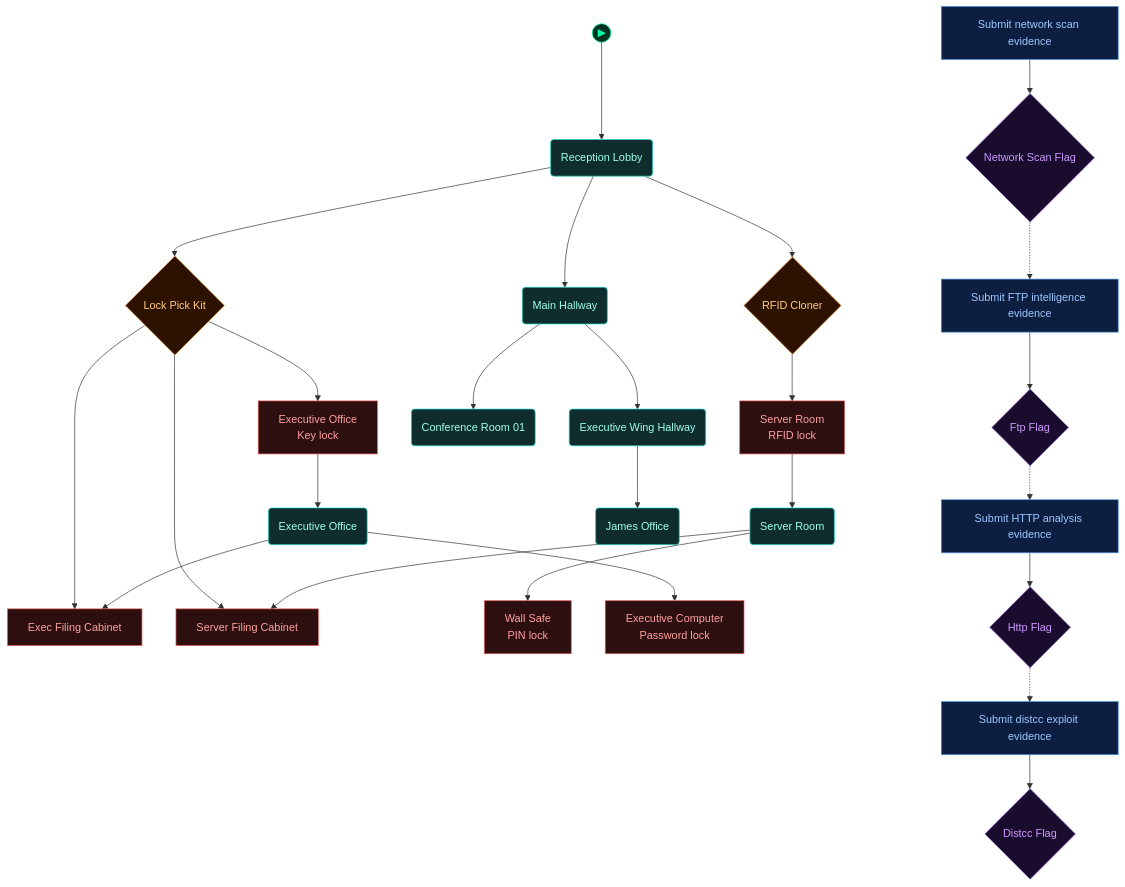
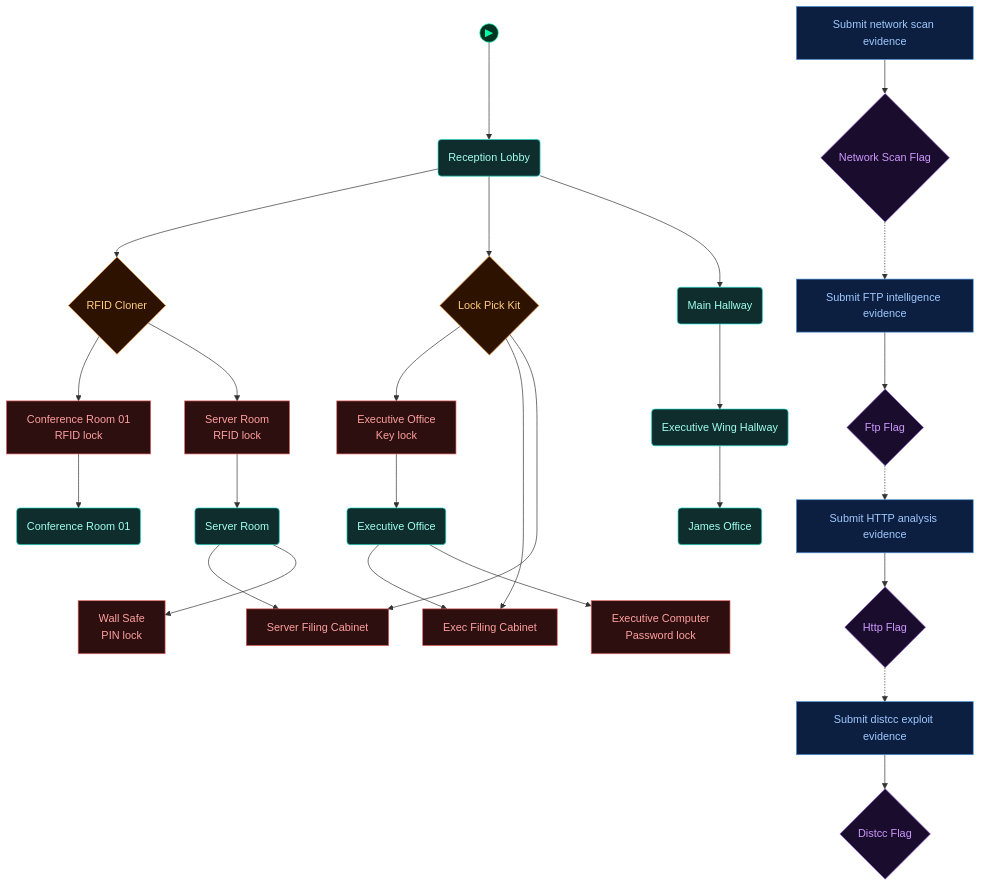
The first of 5 diagrams in scenarios/m03_ghost_in_the_machine/dungeon_graph.md (cliffe/BreakEscapeGame), drawn with Mermaid before and after one commit. The commit also changed other lines of this file and 9 other files, not shown here.

````diff
--- a/scenarios/m03_ghost_in_the_machine/dungeon_graph.md
+++ b/scenarios/m03_ghost_in_the_machine/dungeon_graph.md
@@ -51,76 +51,78 @@
 ```mermaid
 flowchart TD
 
   classDef room      fill:#0f2d2d,stroke:#22ddcc,color:#a0ffee
   classDef lock      fill:#2d0f0f,stroke:#e66060,color:#ffa0a0
   classDef key       fill:#2d0812,stroke:#e66060,color:#ffa0a0
   classDef item      fill:#2d1200,stroke:#e89030,color:#ffcc80
   classDef gate      fill:#111,stroke:#666,color:#eee
   classDef vm        fill:#0c1f40,stroke:#4a90d9,color:#a0c8ff
   classDef flag      fill:#1a0c2d,stroke:#9060d0,color:#cc99ff
   classDef action    fill:#1a1200,stroke:#cc9922,color:#ffee88
   classDef aim       fill:#0d2a0d,stroke:#44cc44,color:#88ff88
   classDef aim_gate  fill:#111111,stroke:#44cc44,color:#44cc44
   classDef container fill:#1a2d1a,stroke:#60b060,color:#a0e0a0
   classDef npc       fill:#2d1f0d,stroke:#d0a050,color:#ffe0a0
   classDef critical  fill:#2a1500,stroke:#ffaa00,color:#ffdd88
   classDef start     fill:#003322,stroke:#00ffaa,color:#00ffaa
 
   node_start(("▶"))
   node_start --> reception_lobby
 
+  door_conference_room_01["Conference Room 01<br/>RFID lock"]
+  conference_room_01("Conference Room 01")
   door_server_room["Server Room<br/>RFID lock"]
   server_room("Server Room")
   door_executive_office["Executive Office<br/>Key lock"]
   executive_office("Executive Office")
   reception_lobby("Reception Lobby")
   rfid_cloner{"RFID Cloner"}
   lock_pick_kit{"Lock Pick Kit"}
   lock_exec_filing_cabinet["Exec Filing Cabinet"]
   lock_server_filing_cabinet["Server Filing Cabinet"]
   lock_wall_safe_server["Wall Safe<br/>PIN lock"]
   lock_victoria_computer["Executive Computer<br/>Password lock"]
   vmch_submit_network_scan_flag["Submit network scan evidence"]
   vmfl_submit_network_scan_flag{"Network Scan Flag"}
   vmch_submit_ftp_flag["Submit FTP intelligence evidence"]
   vmfl_submit_ftp_flag{"Ftp Flag"}
   vmch_submit_http_flag["Submit HTTP analysis evidence"]
   vmfl_submit_http_flag{"Http Flag"}
   vmch_submit_distcc_flag["Submit distcc exploit evidence"]
   vmfl_submit_distcc_flag{"Distcc Flag"}
   main_hallway("Main Hallway")
-  conference_room_01("Conference Room 01")
   executive_wing_hallway("Executive Wing Hallway")
   james_office("James Office")
 
+  door_conference_room_01 --> conference_room_01
   door_server_room --> server_room
   door_executive_office --> executive_office
   reception_lobby --> rfid_cloner
+  rfid_cloner --> door_conference_room_01
   rfid_cloner --> door_server_room
   reception_lobby --> lock_pick_kit
   lock_pick_kit --> door_executive_office
   lock_pick_kit --> lock_exec_filing_cabinet
   lock_pick_kit --> lock_server_filing_cabinet
   server_room --> lock_server_filing_cabinet
   server_room --> lock_wall_safe_server
   executive_office --> lock_exec_filing_cabinet
   executive_office --> lock_victoria_computer
   vmch_submit_network_scan_flag --> vmfl_submit_network_scan_flag
   vmch_submit_ftp_flag --> vmfl_submit_ftp_flag
   vmfl_submit_network_scan_flag -.-> vmch_submit_ftp_flag
   vmch_submit_http_flag --> vmfl_submit_http_flag
   vmfl_submit_ftp_flag -.-> vmch_submit_http_flag
   vmch_submit_distcc_flag --> vmfl_submit_distcc_flag
   vmfl_submit_http_flag -.-> vmch_submit_distcc_flag
   reception_lobby --> main_hallway
-  main_hallway --> conference_room_01
   main_hallway --> executive_wing_hallway
   executive_wing_hallway --> james_office
 
-  class door_server_room,door_executive_office,lock_exec_filing_cabinet,lock_server_filing_cabinet,lock_wall_safe_server,lock_victoria_computer lock
-  class server_room,executive_office,reception_lobby,main_hallway,conference_room_01,executive_wing_hallway,james_office room
+  class door_conference_room_01,door_server_room,door_executive_office,lock_exec_filing_cabinet,lock_server_filing_cabinet,lock_wall_safe_server,lock_victoria_computer lock
+  class conference_room_01,server_room,executive_office,reception_lobby,main_hallway,executive_wing_hallway,james_office room
   class rfid_cloner,lock_pick_kit item
   class vmch_submit_network_scan_flag,vmch_submit_ftp_flag,vmch_submit_http_flag,vmch_submit_distcc_flag vm
   class vmfl_submit_network_scan_flag,vmfl_submit_ftp_flag,vmfl_submit_http_flag,vmfl_submit_distcc_flag flag
   class node_start start
 ```
````
